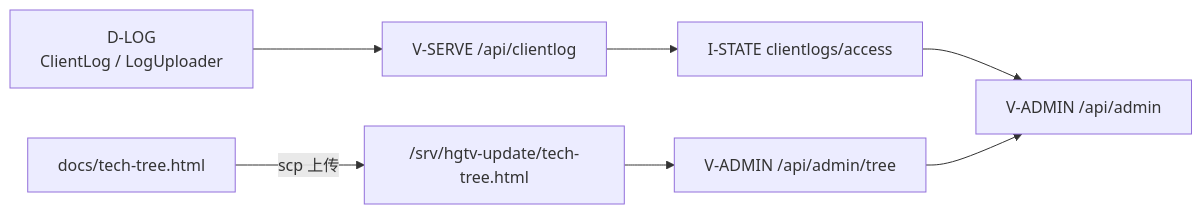
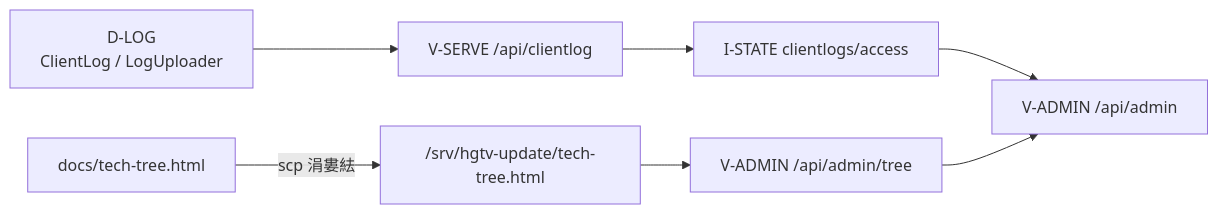
Before and after one commit to Arkbiubiubiu/kaixinguo: the fifth of 5 diagrams in docs/TECH_TREE.md, drawn with Mermaid. The commit also changed other lines of this file and 9 other files, not shown here.

````diff
--- a/docs/TECH_TREE.md
+++ b/docs/TECH_TREE.md
@@ -308,9 +240,9 @@
 ```mermaid
 flowchart LR
   CLIENT["D-LOG<br/>ClientLog / LogUploader"] --> SRV["V-SERVE /api/clientlog"]
   SRV --> STATE["I-STATE clientlogs/access"]
   STATE --> ADMIN["V-ADMIN /api/admin"]
-  DOC["docs/tech-tree.html"] -->|scp 上传| STATIC["/srv/hgtv-update/tech-tree.html"]
+  DOC["docs/tech-tree.html"] -->|scp 涓婁紶| STATIC["/srv/hgtv-update/tech-tree.html"]
   STATIC --> TREE["V-ADMIN /api/admin/tree"]
   TREE --> ADMIN
 ```
````
